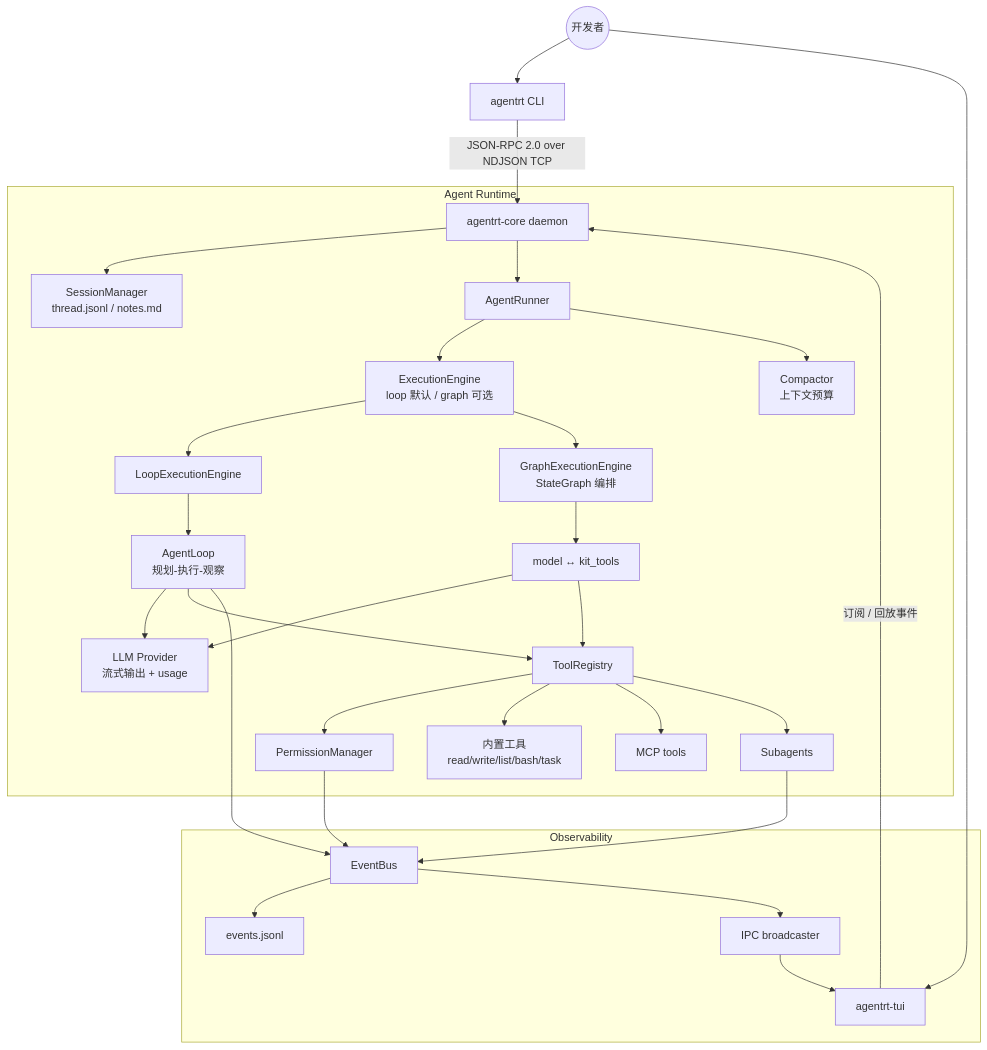
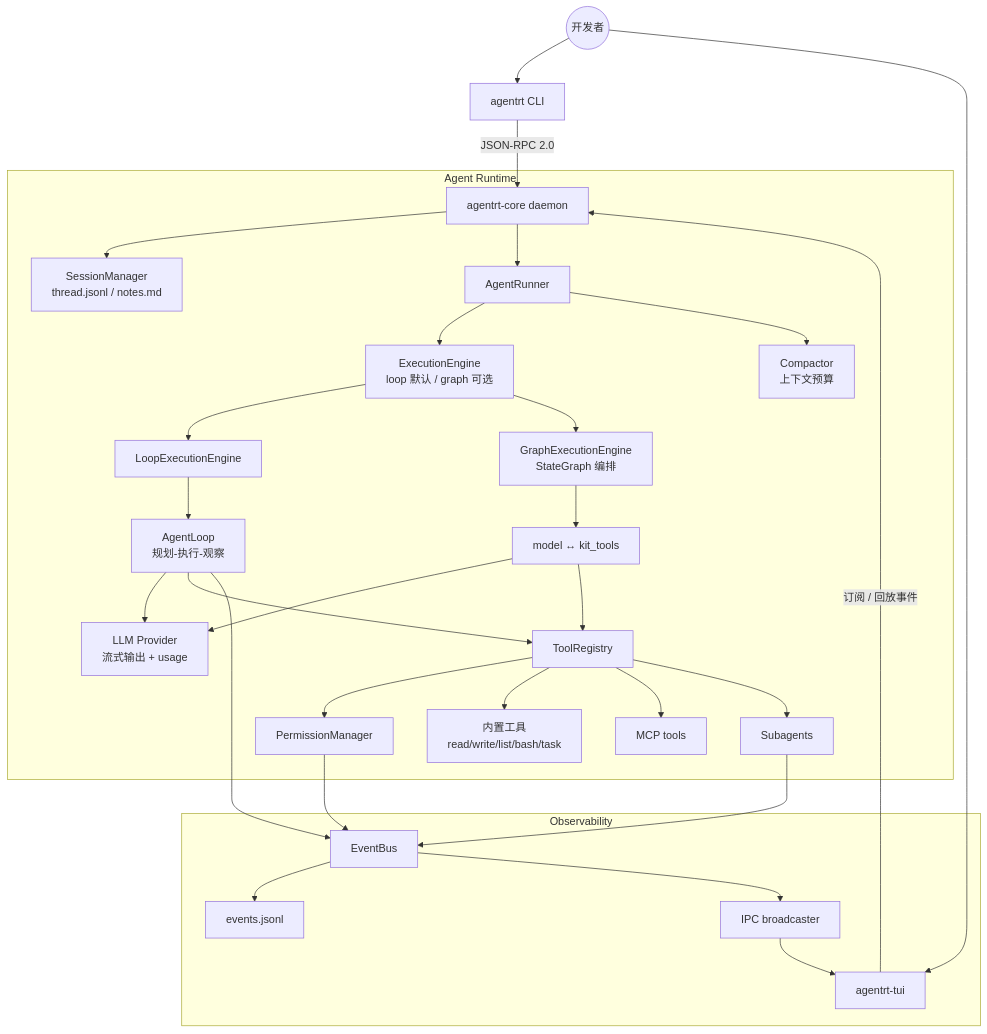
One commit to zed123214/agent-runtime-kit changed the diagram in README.md. Above: the diagram before and after it, drawn with Mermaid.

````diff
--- a/README.md
+++ b/README.md
@@ -27,36 +27,36 @@
 ```mermaid
 graph TD
     User((开发者)) --> CLI["agentrt CLI"]
     User --> TUI["agentrt-tui"]
 
-    CLI -->|JSON-RPC 2.0 over NDJSON TCP| Core["agentrt-core daemon"]
+    CLI -->|JSON-RPC 2.0 | Core["agentrt-core daemon"]
     TUI -->|订阅 / 回放事件| Core
 
     subgraph Runtime["Agent Runtime"]
         Core --> Session["SessionManager\nthread.jsonl / notes.md"]
         Core --> Runner["AgentRunner"]
         Runner --> Engine["ExecutionEngine\nloop 默认 / graph 可选"]
         Engine --> LoopEngine["LoopExecutionEngine"]
         Engine --> GraphEngine["GraphExecutionEngine\nStateGraph 编排"]
         LoopEngine --> Loop["AgentLoop\n规划-执行-观察"]
         GraphEngine --> Graph["model ↔ kit_tools"]
         Loop --> LLM["LLM Provider\n流式输出 + usage"]
         Loop --> Registry["ToolRegistry"]
         Graph --> LLM
         Graph --> Registry
         Registry --> Permission["PermissionManager"]
         Registry --> Builtins["内置工具\nread/write/list/bash/task"]
         Registry --> MCP["MCP tools"]
         Registry --> SubAgent["Subagents"]
         Runner --> Compact["Compactor\n上下文预算"]
     end
 
     subgraph Observability["Observability"]
         Loop --> EventBus["EventBus"]
         Permission --> EventBus
         SubAgent --> EventBus
         EventBus --> Writer["events.jsonl"]
         EventBus --> Broadcast["IPC broadcaster"]
         Broadcast --> TUI
     end
 ```
````
